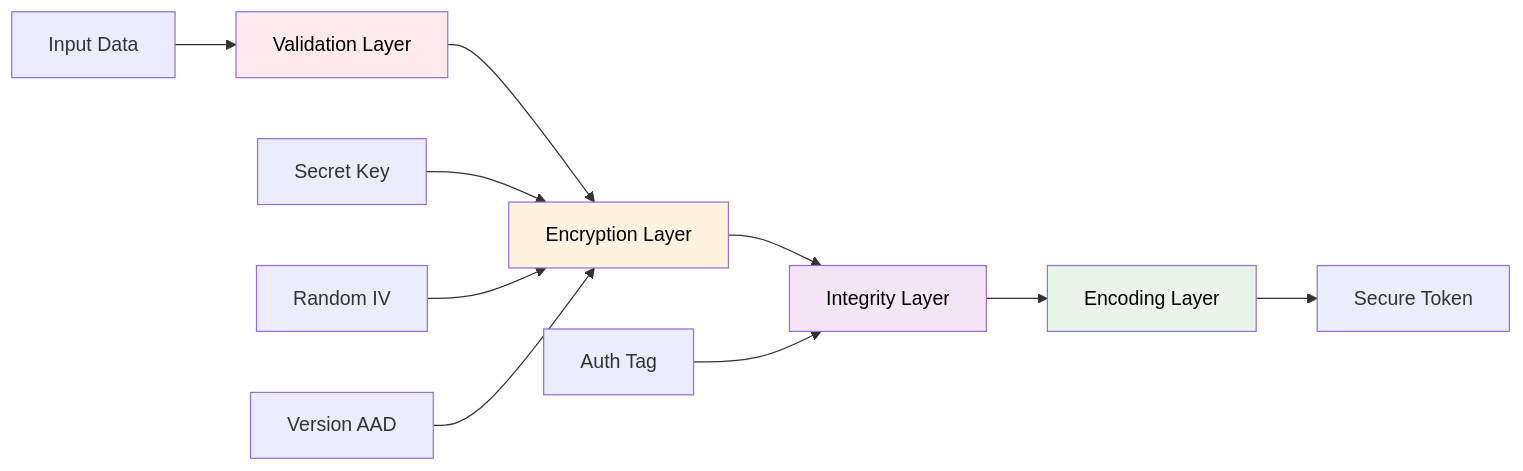
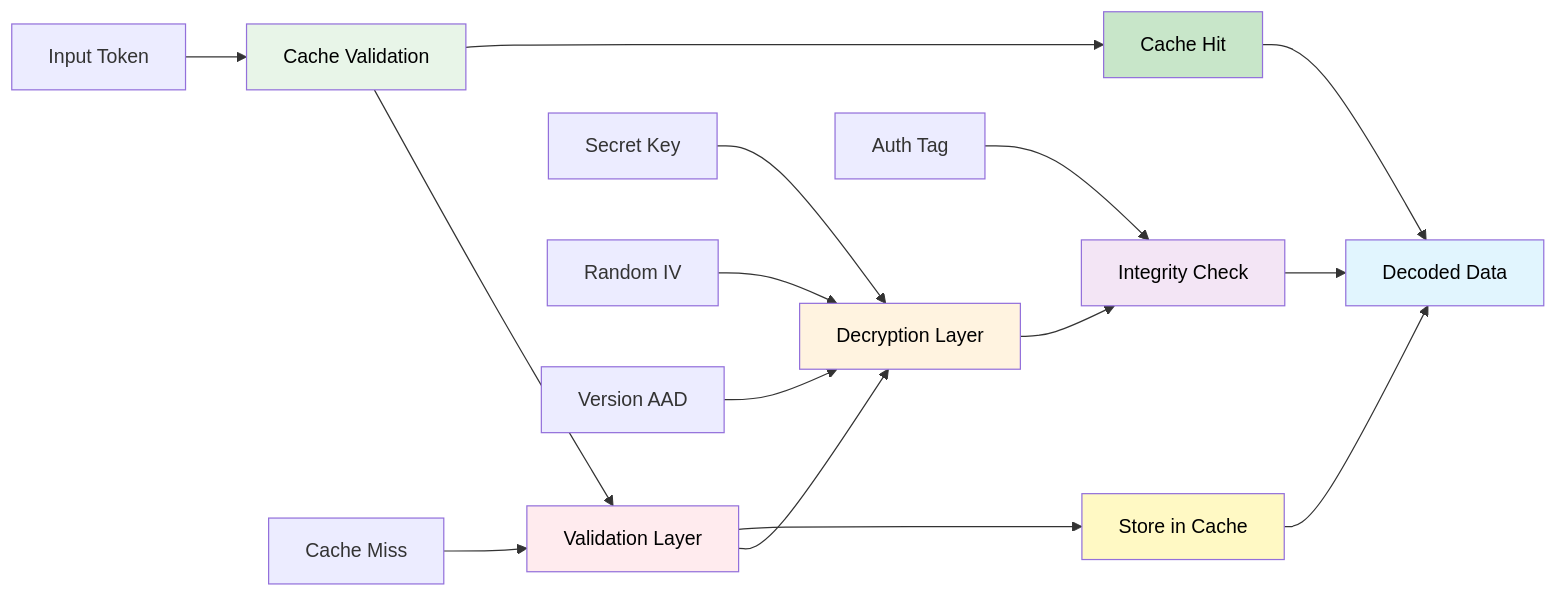
Before and after one commit to NeaByteLab/Secure-JWT: the third of 3 diagrams in README.md, drawn with Mermaid. The commit also changed other lines of this file, not shown here.

Commit message:
docs(architecture): enhance diagrams with caching and improve visual design :art:

````diff
--- a/README.md
+++ b/README.md
@@ -224,18 +279,28 @@
 ```mermaid
 graph LR
-    A[Input Data] --> B[Validation Layer]
-    B --> C[Encryption Layer]
-    C --> D[Integrity Layer]
-    D --> E[Encoding Layer]
-    E --> F[Secure Token]
+    A[Input Token] --> B[Cache Validation]
+    B --> C[Validation Layer]
+    C --> D[Decryption Layer]
+    D --> E[Integrity Check]
+    E --> F[Decoded Data]
+    
+    B --> G[Cache Hit]
+    G --> F
+    
+    H[Cache Miss] --> C
+    C --> I[Store in Cache]
+    I --> F
 
-    G[Secret Key] --> C
-    H[Random IV] --> C
-    I[Version AAD] --> C
-    J[Auth Tag] --> D
+    J[Secret Key] --> D
+    K[Random IV] --> D
+    L[Version AAD] --> D
+    M[Auth Tag] --> E
 
-    style B fill:#ffebee,color:#000
-    style C fill:#fff3e0,color:#000
-    style D fill:#f3e5f5,color:#000
-    style E fill:#e8f5e8,color:#000
+    style B fill:#e8f5e8,color:#000
+    style C fill:#ffebee,color:#000
+    style D fill:#fff3e0,color:#000
+    style E fill:#f3e5f5,color:#000
+    style F fill:#e1f5fe,color:#000
+    style G fill:#c8e6c9,color:#000
+    style I fill:#fff9c4,color:#000
 ```
````
